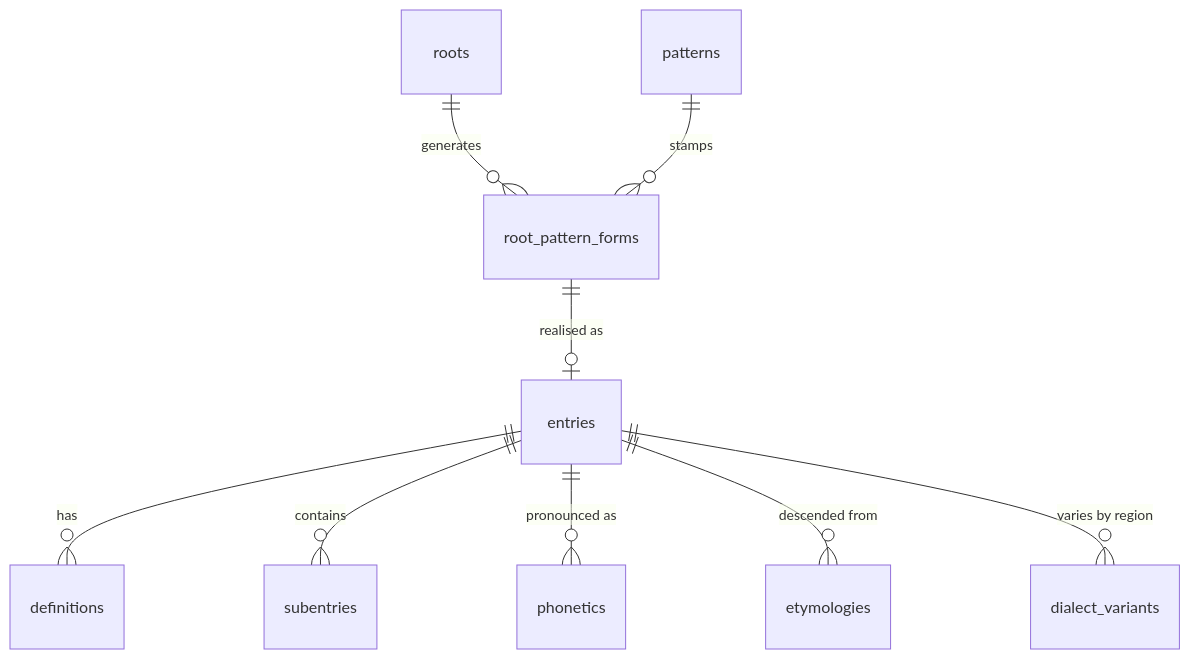
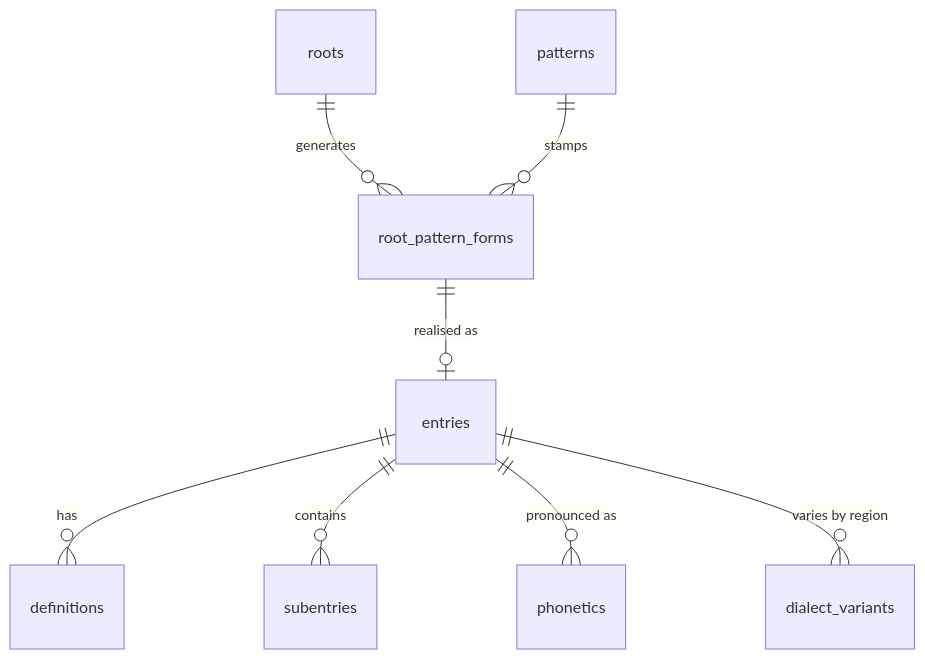
The diagram in docs/schema.md (alansyahmi/il-migma), drawn with Mermaid before and after one commit. The commit also changed other lines of this file and 269 other files, not shown here.

Commit message:
feat: implement major database schema normalization, migrate entry and morphology structures, and refactor administrative management tools.

````diff
--- a/docs/schema.md
+++ b/docs/schema.md
@@ -26,11 +26,10 @@
 ```mermaid
 erDiagram
     roots ||--o{ root_pattern_forms : "generates"
     patterns ||--o{ root_pattern_forms : "stamps"
     root_pattern_forms ||--o| entries : "realised as"
     entries ||--o{ definitions : "has"
     entries ||--o{ subentries : "contains"
     entries ||--o{ phonetics : "pronounced as"
-    entries ||--o{ etymologies : "descended from"
     entries ||--o{ dialect_variants : "varies by region"
 ```
````
